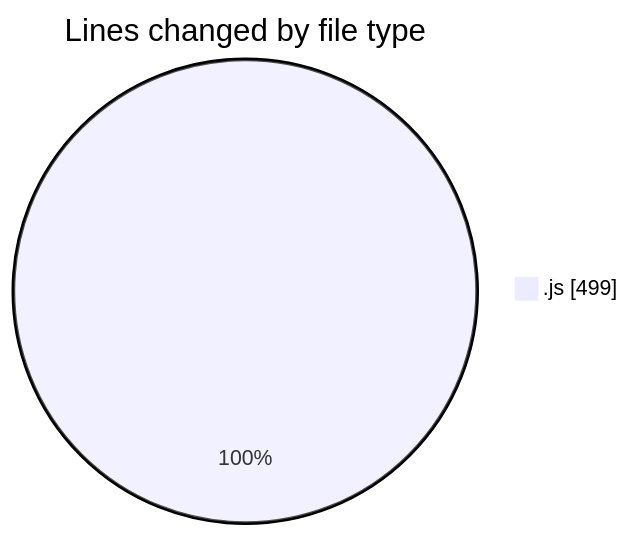
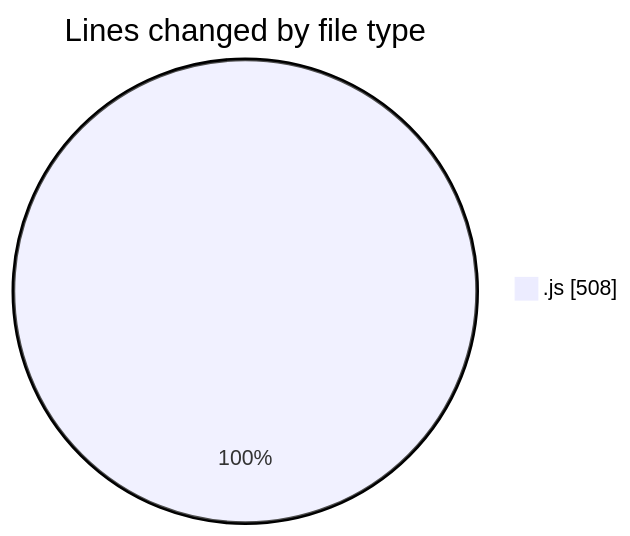
The first of 2 diagrams in 2025-07-26/javascript/README.md (Ritupan-Deka/code-tracking), drawn with Mermaid before and after one commit. The commit also changed other lines of this file and 1 other file, not shown here.

````diff
--- a/2025-07-26/javascript/README.md
+++ b/2025-07-26/javascript/README.md
@@ -20,5 +20,5 @@
 ```mermaid
 pie showData
 title Lines changed by file type
-".js" : 499
+".js" : 508
 ```
````
